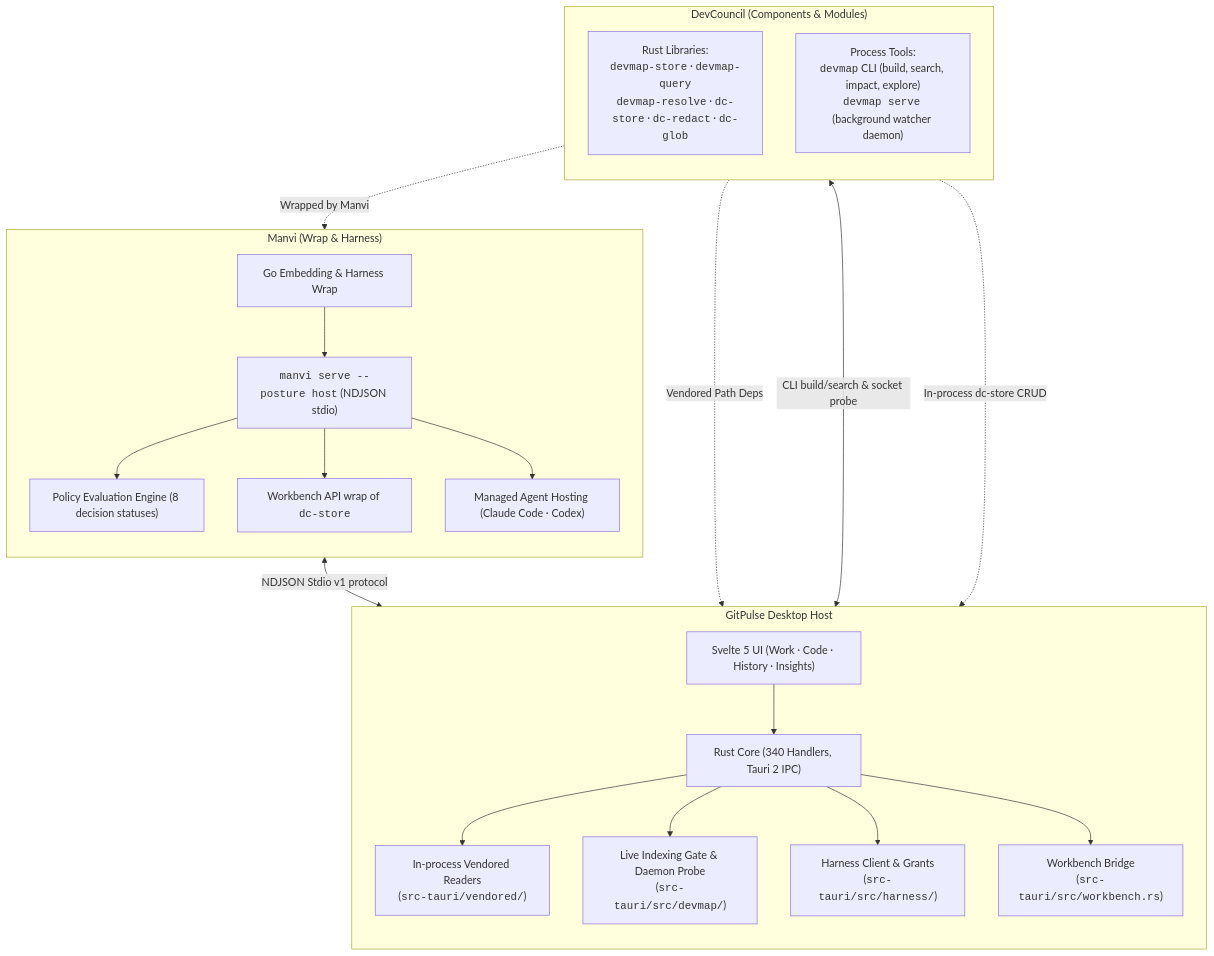
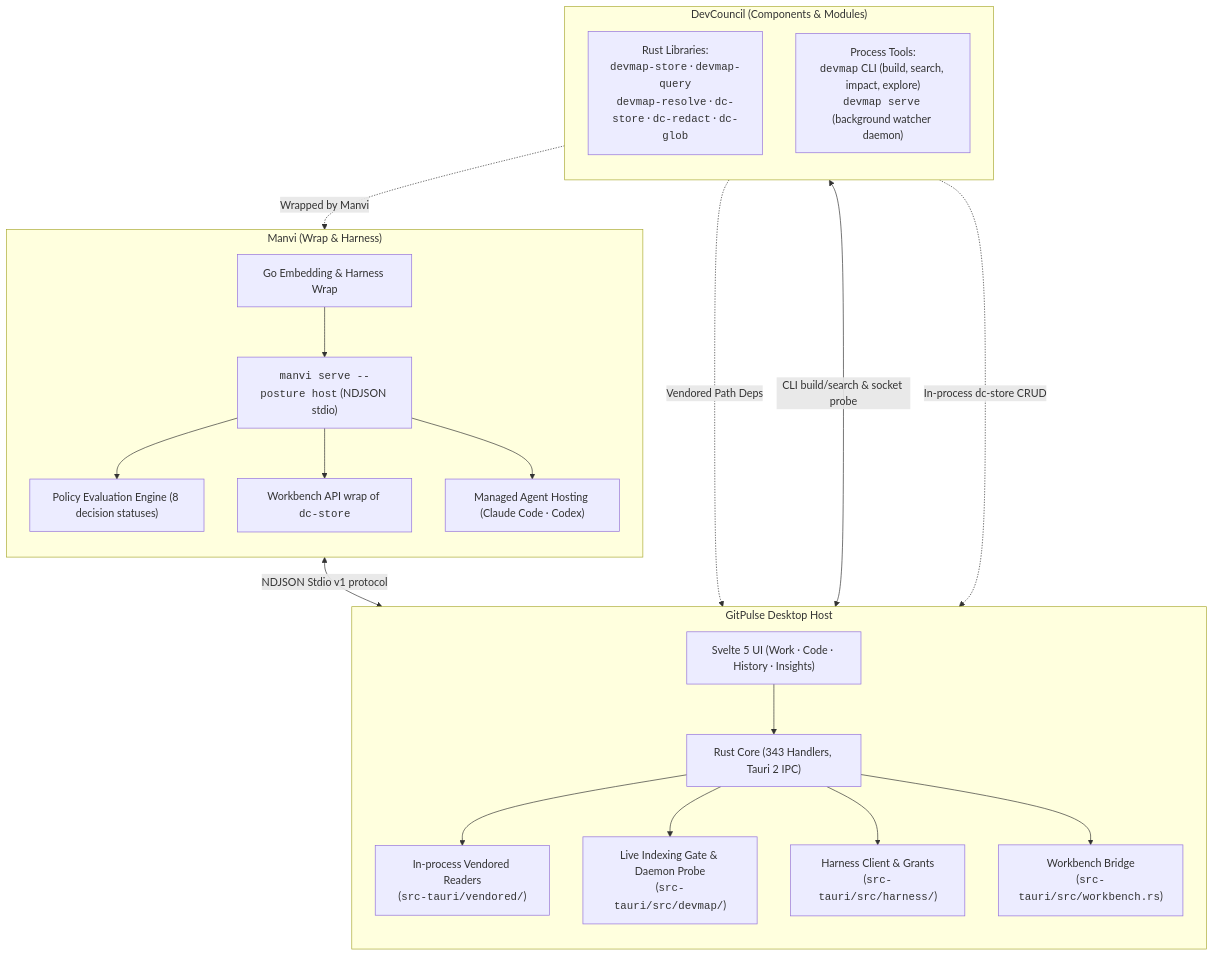
One commit to bharathvbcr/GitPulse changed the first of 3 diagrams in docs/MODULE_INTEGRATION.md. Above: the diagram before and after it, drawn with Mermaid.

Commit message:
Docs: MODULE_INTEGRATION handler count is 343 with the legacy-host commands

````diff
--- a/docs/MODULE_INTEGRATION.md
+++ b/docs/MODULE_INTEGRATION.md
@@ -40,43 +40,43 @@
 ```mermaid
 flowchart TD
     subgraph DevCouncil["DevCouncil (Components & Modules)"]
         direction TB
         DCLibs["Rust Libraries:<br/><code>devmap-store</code> · <code>devmap-query</code><br/><code>devmap-resolve</code> · <code>dc-store</code> · <code>dc-redact</code> · <code>dc-glob</code>"]
         DCCLI["Process Tools:<br/><code>devmap</code> CLI (build, search, impact, explore)<br/><code>devmap serve</code> (background watcher daemon)"]
     end
 
     subgraph Manvi["Manvi (Wrap & Harness)"]
         direction TB
         ManviWrap["Go Embedding & Harness Wrap"]
         ManviSidecar["<code>manvi serve --posture host</code> (NDJSON stdio)"]
         ManviPolicy["Policy Evaluation Engine (8 decision statuses)"]
         ManviWorkbench["Workbench API wrap of <code>dc-store</code>"]
         ManviAgents["Managed Agent Hosting (Claude Code · Codex)"]
         ManviWrap --> ManviSidecar
         ManviSidecar --> ManviPolicy
         ManviSidecar --> ManviWorkbench
         ManviSidecar --> ManviAgents
     end
 
     subgraph GitPulseHost["GitPulse Desktop Host"]
         direction TB
         UIHost["Svelte 5 UI (Work · Code · History · Insights)"]
-        RustIPC["Rust Core (340 Handlers, Tauri 2 IPC)"]
+        RustIPC["Rust Core (343 Handlers, Tauri 2 IPC)"]
         InProcessReaders["In-process Vendored Readers<br/>(<code>src-tauri/vendored/</code>)"]
         CLIGate["Live Indexing Gate & Daemon Probe<br/>(<code>src-tauri/src/devmap/</code>)"]
         HarnessClient["Harness Client & Grants<br/>(<code>src-tauri/src/harness/</code>)"]
         WorkbenchCmd["Workbench Bridge<br/>(<code>src-tauri/src/workbench.rs</code>)"]
 
         UIHost --> RustIPC
         RustIPC --> InProcessReaders
         RustIPC --> CLIGate
         RustIPC --> HarnessClient
         RustIPC --> WorkbenchCmd
     end
 
     DCLibs -.->|Vendored Path Deps| InProcessReaders
     DCCLI <-->|CLI build/search & socket probe| CLIGate
     DCLibs -.->|Wrapped by Manvi| ManviWorkbench
     ManviSidecar <-->|NDJSON Stdio v1 protocol| HarnessClient
     DCLibs -.->|In-process dc-store CRUD| WorkbenchCmd
 ```
````
